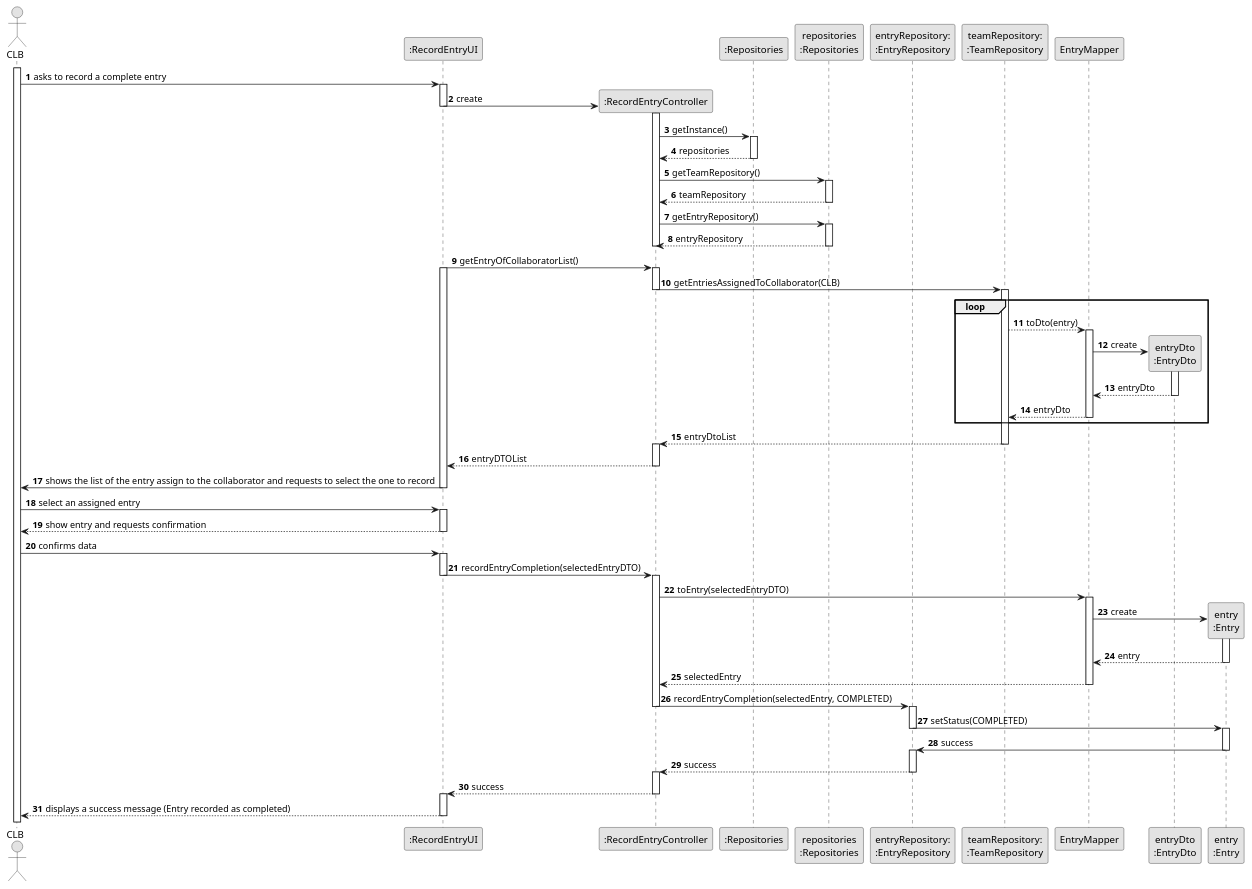
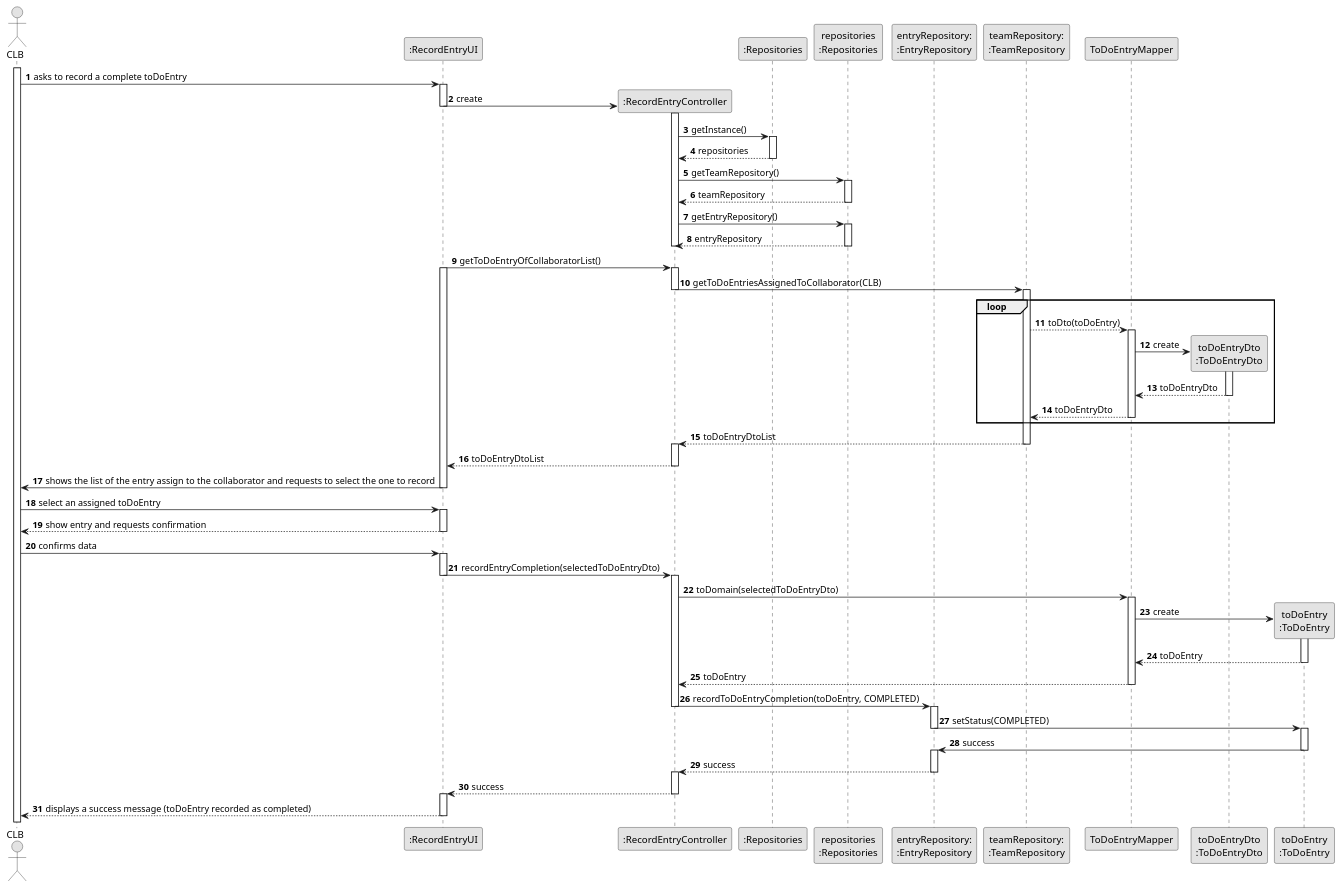
One commit to ricardomm7/leaflink changed the diagram in docs/sprintC/us029/03.design/puml/us029-sequence-diagram-full.puml. Above: the diagram before and after it, drawn with PlantUML. The commit also changed 4 other files, not shown here.

Commit message:
Changed US24 and US29 Sequence Diagram

```diff
--- a/docs/sprintC/us029/03.design/puml/us029-sequence-diagram-full.puml
+++ b/docs/sprintC/us029/03.design/puml/us029-sequence-diagram-full.puml
@@ -1,129 +1,129 @@
 @startuml
 skinparam monochrome true
 skinparam packageStyle rectangle
 skinparam shadowing false
 
 autonumber
 
 actor "CLB" as CLB
 participant ":RecordEntryUI" as UI
 participant ":RecordEntryController" as CTRL
 participant ":Repositories" as RepositorySingleton
 participant "repositories\n:Repositories" as PLAT
 participant "entryRepository:\n:EntryRepository" as EntryRepo
 participant "teamRepository:\n:TeamRepository" as TeamRepo
-participant "EntryMapper" as EntryMapper
-participant "entryDto\n:EntryDto" as EntryDto
-participant "entry\n:Entry" as Entry
+participant "ToDoEntryMapper" as EntryMapper
+participant "toDoEntryDto\n:ToDoEntryDto" as EntryDto
+participant "toDoEntry\n:ToDoEntry" as ToDoEntry
 
 
 activate CLB
 
-    CLB -> UI : asks to record a complete entry
+    CLB -> UI : asks to record a complete toDoEntry
     activate UI
 
         UI -> CTRL** : create
         deactivate UI
         activate CTRL
 
             CTRL -> RepositorySingleton: getInstance()
             activate RepositorySingleton
 
                 RepositorySingleton --> CTRL: repositories
             deactivate RepositorySingleton
 
             CTRL -> PLAT : getTeamRepository()
             activate PLAT
 
                 PLAT --> CTRL: teamRepository
             deactivate PLAT
 
             CTRL -> PLAT : getEntryRepository()
             activate PLAT
 
                 PLAT --> CTRL: entryRepository
             deactivate PLAT
 
 
         deactivate CTRL
 
-        UI -> CTRL: getEntryOfCollaboratorList()
+        UI -> CTRL: getToDoEntryOfCollaboratorList()
         activate UI
         activate CTRL
 
-            CTRL -> TeamRepo: getEntriesAssignedToCollaborator(CLB)
+            CTRL -> TeamRepo: getToDoEntriesAssignedToCollaborator(CLB)
             deactivate CTRL
             activate TeamRepo
 
             loop
-                TeamRepo --> EntryMapper: toDto(entry)
+                TeamRepo --> EntryMapper: toDto(toDoEntry)
                 activate EntryMapper
 
                     EntryMapper -> EntryDto** : create
                     activate EntryDto
 
-                    EntryDto --> EntryMapper : entryDto
+                    EntryDto --> EntryMapper : toDoEntryDto
                     deactivate EntryDto
 
-                EntryMapper --> TeamRepo: entryDto
+                EntryMapper --> TeamRepo: toDoEntryDto
                 deactivate EntryMapper
             end
-                TeamRepo --> CTRL: entryDtoList
+                TeamRepo --> CTRL: toDoEntryDtoList
             deactivate TeamRepo
         activate CTRL
 
-        CTRL --> UI : entryDTOList
+        CTRL --> UI : toDoEntryDtoList
         deactivate CTRL
 
         UI -> CLB : shows the list of the entry assign to the collaborator and requests to select the one to record
     deactivate UI
 
-    CLB -> UI : select an assigned entry
+    CLB -> UI : select an assigned toDoEntry
     activate UI
 
         UI --> CLB : show entry and requests confirmation
     deactivate UI
 
     CLB -> UI : confirms data
     activate UI
 
-        UI -> CTRL : recordEntryCompletion(selectedEntryDTO)
+        UI -> CTRL : recordEntryCompletion(selectedToDoEntryDto)
         deactivate UI
         activate CTRL
 
-            CTRL -> EntryMapper : toEntry(selectedEntryDTO)
+            CTRL -> EntryMapper : toDomain(selectedToDoEntryDto)
             activate EntryMapper
 
-                EntryMapper -> Entry** : create
-                activate Entry
+                EntryMapper -> ToDoEntry** : create
+                activate ToDoEntry
 
-                Entry --> EntryMapper : entry
-                deactivate Entry
+                ToDoEntry --> EntryMapper : toDoEntry
+                deactivate ToDoEntry
 
-                EntryMapper --> CTRL : selectedEntry
+                EntryMapper --> CTRL : toDoEntry
             deactivate EntryMapper
 
-            CTRL -> EntryRepo : recordEntryCompletion(selectedEntry, COMPLETED)
+            CTRL -> EntryRepo : recordToDoEntryCompletion(toDoEntry, COMPLETED)
             deactivate CTRL
             activate EntryRepo
 
-                EntryRepo -> Entry : setStatus(COMPLETED)
+                EntryRepo -> ToDoEntry : setStatus(COMPLETED)
                 deactivate EntryRepo
-                activate Entry
+                activate ToDoEntry
 
-                Entry -> EntryRepo : success
-                deactivate Entry
+                ToDoEntry -> EntryRepo : success
+                deactivate ToDoEntry
                 activate EntryRepo
 
             EntryRepo --> CTRL : success
             deactivate EntryRepo
             activate CTRL
 
             CTRL --> UI : success
         deactivate CTRL
         activate UI
 
-        UI --> CLB : displays a success message (Entry recorded as completed)
+        UI --> CLB : displays a success message (toDoEntry recorded as completed)
     deactivate UI
 
 @enduml
```
